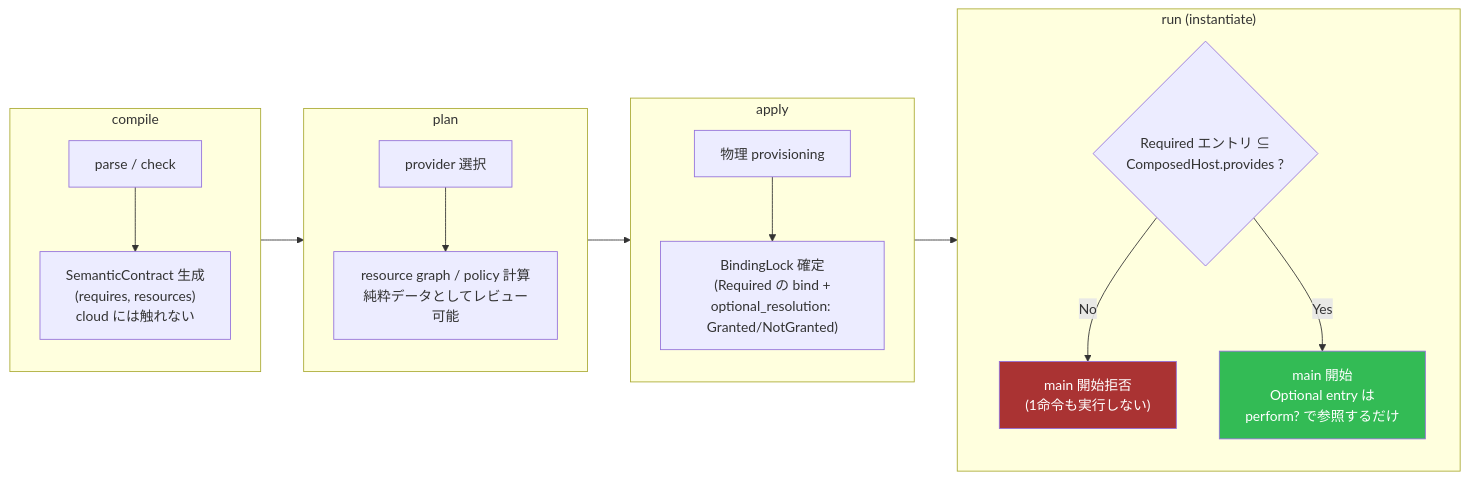
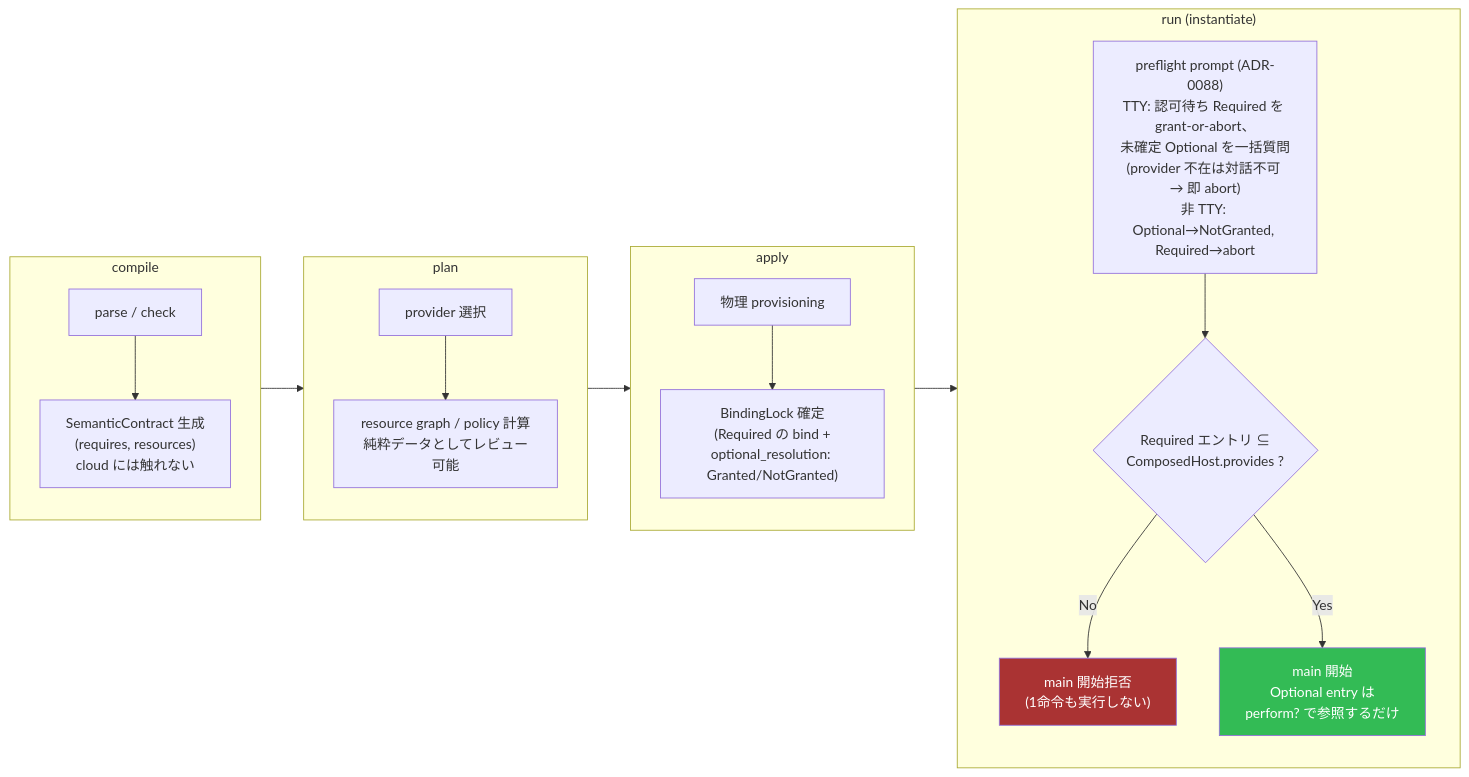
The third of 3 diagrams in docs/effect-taxonomy-review.md (mizchi/vibe-lang), drawn with Mermaid before and after one commit. The commit also changed other lines of this file and 11 other files, not shown here.

````diff
--- a/docs/effect-taxonomy-review.md
+++ b/docs/effect-taxonomy-review.md
@@ -406,33 +427,35 @@
 ```mermaid
 flowchart LR
     subgraph Compile["compile"]
         C1["parse / check"]
         C2["SemanticContract 生成\n(requires, resources)\ncloud には触れない"]
         C1 --> C2
     end
 
     subgraph Plan["plan"]
         P1["provider 選択"]
         P2["resource graph / policy 計算\n純粋データとしてレビュー可能"]
         P1 --> P2
     end
 
     subgraph Apply["apply"]
         A1["物理 provisioning"]
         A2["BindingLock 確定\n(Required の bind +\noptional_resolution: Granted/NotGranted)"]
         A1 --> A2
     end
 
     subgraph Run["run (instantiate)"]
+        R0["preflight prompt (ADR-0088)\nTTY: 認可待ち Required を grant-or-abort、\n未確定 Optional を一括質問\n(provider 不在は対話不可 → 即 abort)\n非 TTY: Optional→NotGranted, Required→abort"]
         R1{"Required エントリ ⊆\nComposedHost.provides ?"}
         R2["main 開始拒否\n(1命令も実行しない)"]
         R3["main 開始\nOptional entry は\nperform? で参照するだけ"]
+        R0 --> R1
         R1 -->|No| R2
         R1 -->|Yes| R3
     end
 
     Compile --> Plan --> Apply --> Run
 
     style R2 fill:#a33,color:#fff
     style R3 fill:#3b5,color:#fff
 ```
````
